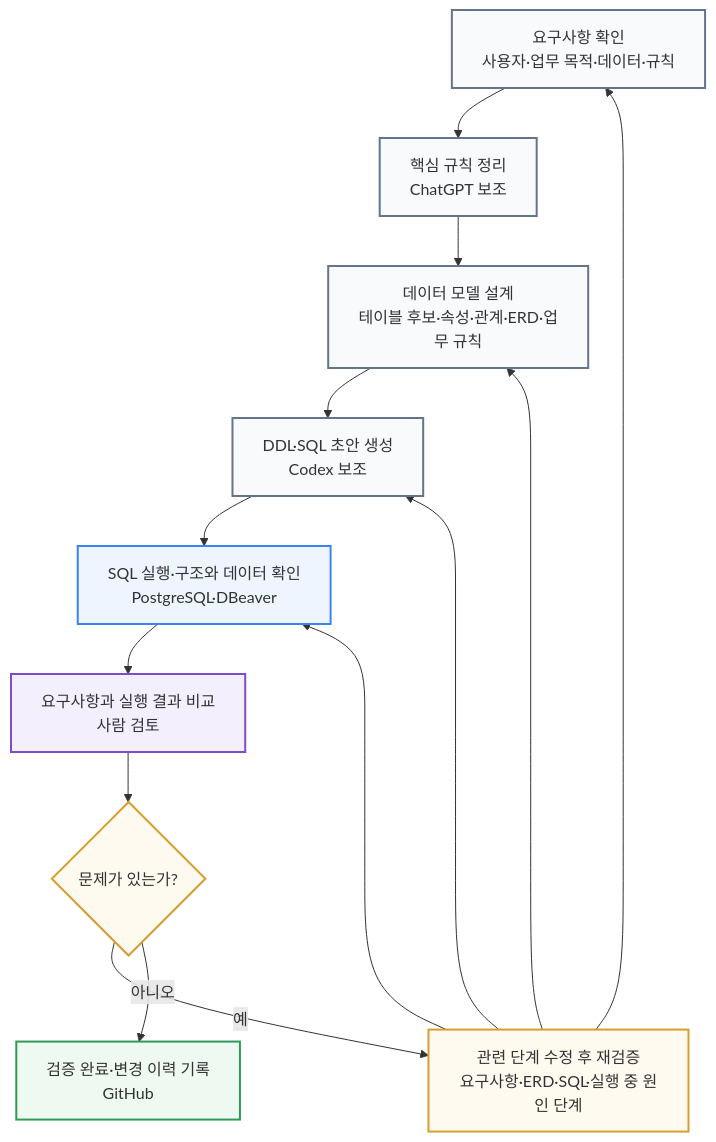
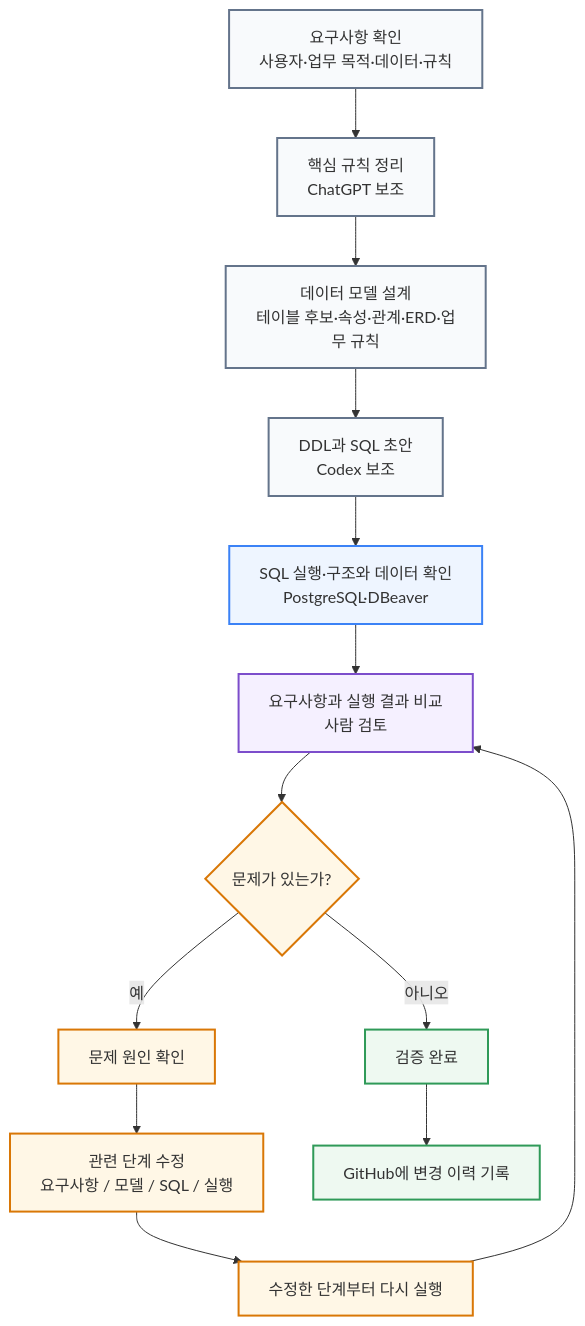
The diagram in images/chapter01/ch01_03_ai_db_learning_flow.mmd (GilbertMoon/ai-database-book), drawn with Mermaid before and after one commit. The commit also changed 1 other file, not shown here.

Commit message:
Refine chapter 1 AI database workflow diagram

```diff
--- a/images/chapter01/ch01_03_ai_db_learning_flow.mmd
+++ b/images/chapter01/ch01_03_ai_db_learning_flow.mmd
@@ -1,26 +1,27 @@
 flowchart TD
     A[요구사항 확인<br/>사용자·업무 목적·데이터·규칙] --> B[핵심 규칙 정리<br/>ChatGPT 보조]
     B --> C[데이터 모델 설계<br/>테이블 후보·속성·관계·ERD·업무 규칙]
-    C --> D[DDL·SQL 초안 생성<br/>Codex 보조]
+    C --> D[DDL과 SQL 초안<br/>Codex 보조]
     D --> E[SQL 실행·구조와 데이터 확인<br/>PostgreSQL·DBeaver]
     E --> F[요구사항과 실행 결과 비교<br/>사람 검토]
     F --> G{문제가 있는가?}
-    G -- 예 --> H[관련 단계 수정 후 재검증<br/>요구사항·ERD·SQL·실행 중 원인 단계]
-    G -- 아니오 --> I[검증 완료·변경 이력 기록<br/>GitHub]
 
-    H --> A
-    H --> C
-    H --> D
-    H --> E
+    G -- 예 --> H[문제 원인 확인]
+    H --> I[관련 단계 수정<br/>요구사항 / 모델 / SQL / 실행]
+    I --> J[수정한 단계부터 다시 실행]
+    J --> F
+
+    G -- 아니오 --> K[검증 완료]
+    K --> L[GitHub에 변경 이력 기록]
 
     classDef step fill:#f8fafc,stroke:#64748b,stroke-width:2px;
     classDef execute fill:#eef5ff,stroke:#3b82f6,stroke-width:2px;
-    classDef human fill:#f3effd,stroke:#7c4dcb,stroke-width:2px;
-    classDef decision fill:#fffaf0,stroke:#d69e2e,stroke-width:2px;
+    classDef human fill:#f5f0ff,stroke:#7c4dcb,stroke-width:2px;
+    classDef decision fill:#fff7e6,stroke:#d97706,stroke-width:2px;
     classDef complete fill:#eef9f1,stroke:#2f9a58,stroke-width:2px;
 
     class A,B,C,D step;
     class E execute;
     class F human;
-    class G,H decision;
-    class I complete;
+    class G,H,I,J decision;
+    class K,L complete;
```
